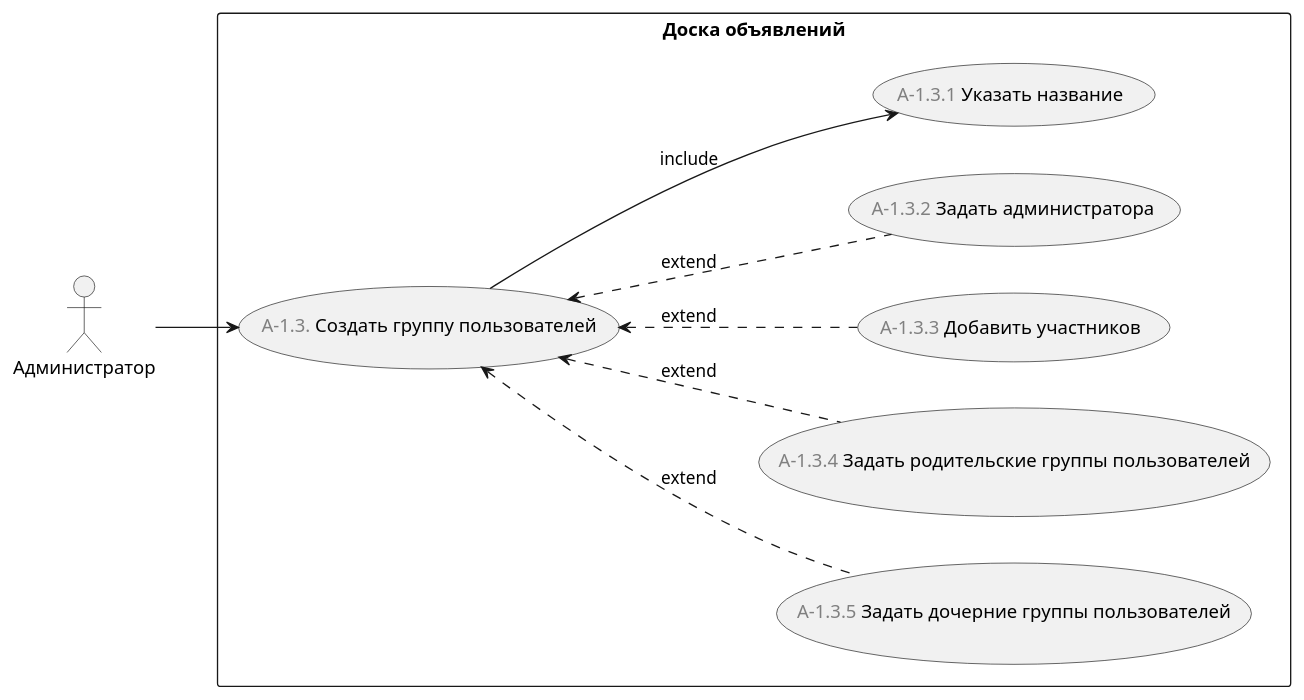
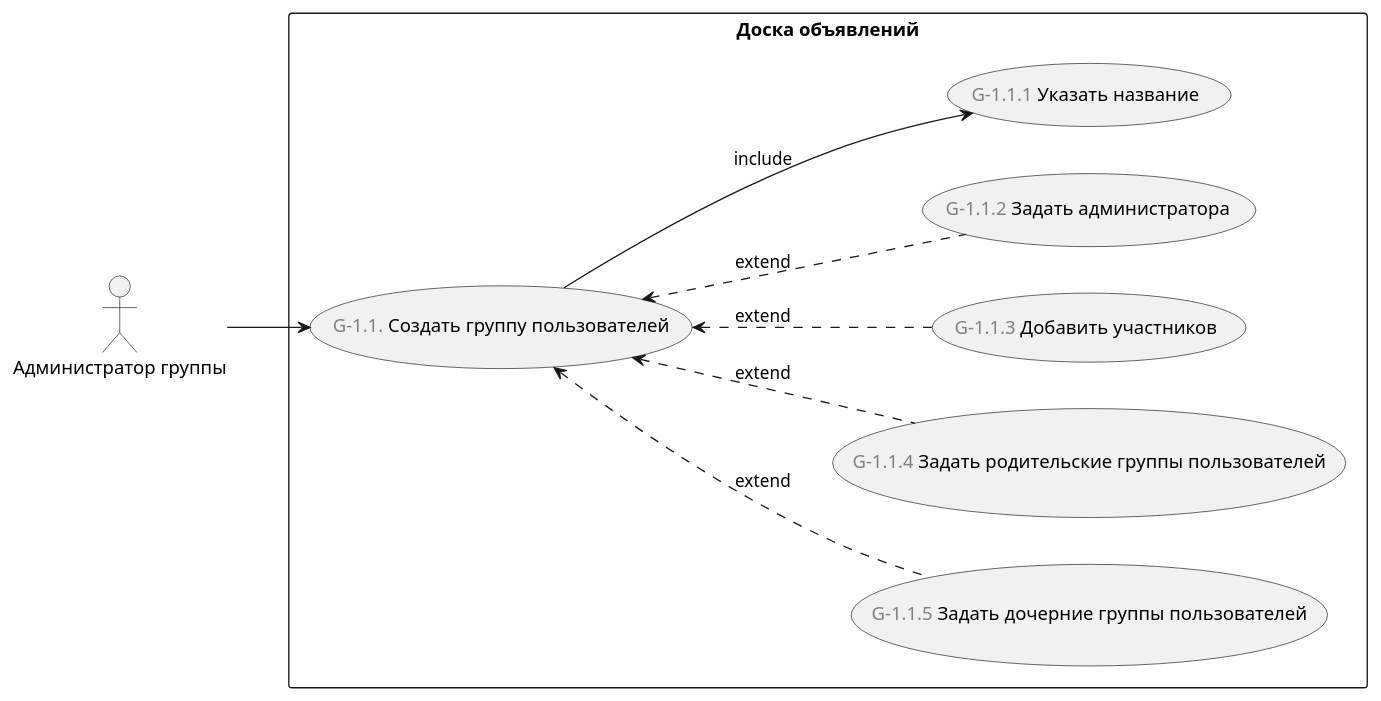
One commit to astu-app/ASTU-Bulletin-Board-Server changed the diagram in doc/диаграммы/варианты-использования/создать-группу-пользователей.puml. Above: the diagram before and after it, drawn with PlantUML. The commit also changed 8 other files, not shown here.

Commit message:
слегка переработал систему ролей в соответствии с требованиями заказчика - передал управление группами пользователей от администратора системы администратору группы

```diff
--- a/doc/диаграммы/варианты-использования/создать-группу-пользователей.puml
+++ b/doc/диаграммы/варианты-использования/создать-группу-пользователей.puml
@@ -1,19 +1,19 @@
 @startuml
 'https://plantuml.com/use-case-diagram
 
 left to right direction
 
-:Администратор: as admin
+:Администратор группы: as admin
 
 rectangle "Доска объявлений" {
-    (<font color="gray">A-1.3.</font> Создать группу пользователей) as create_usergroup
+    (<font color="gray">G-1.1.</font> Создать группу пользователей) as create_usergroup
     admin --> create_usergroup
     
-    create_usergroup <.. (<font color="gray">A-1.3.5</font> Задать дочерние группы пользователей) : extend
-    create_usergroup <.. (<font color="gray">A-1.3.4</font> Задать родительские группы пользователей) : extend
-    create_usergroup <.. (<font color="gray">A-1.3.3</font> Добавить участников) : extend
-    create_usergroup <.. (<font color="gray">A-1.3.2</font> Задать администратора) : extend
-    create_usergroup --> (<font color="gray">A-1.3.1</font> Указать название) : include
+    create_usergroup <.. (<font color="gray">G-1.1.5</font> Задать дочерние группы пользователей) : extend
+    create_usergroup <.. (<font color="gray">G-1.1.4</font> Задать родительские группы пользователей) : extend
+    create_usergroup <.. (<font color="gray">G-1.1.3</font> Добавить участников) : extend
+    create_usergroup <.. (<font color="gray">G-1.1.2</font> Задать администратора) : extend
+    create_usergroup --> (<font color="gray">G-1.1.1</font> Указать название) : include
 }
 
 @enduml
```
